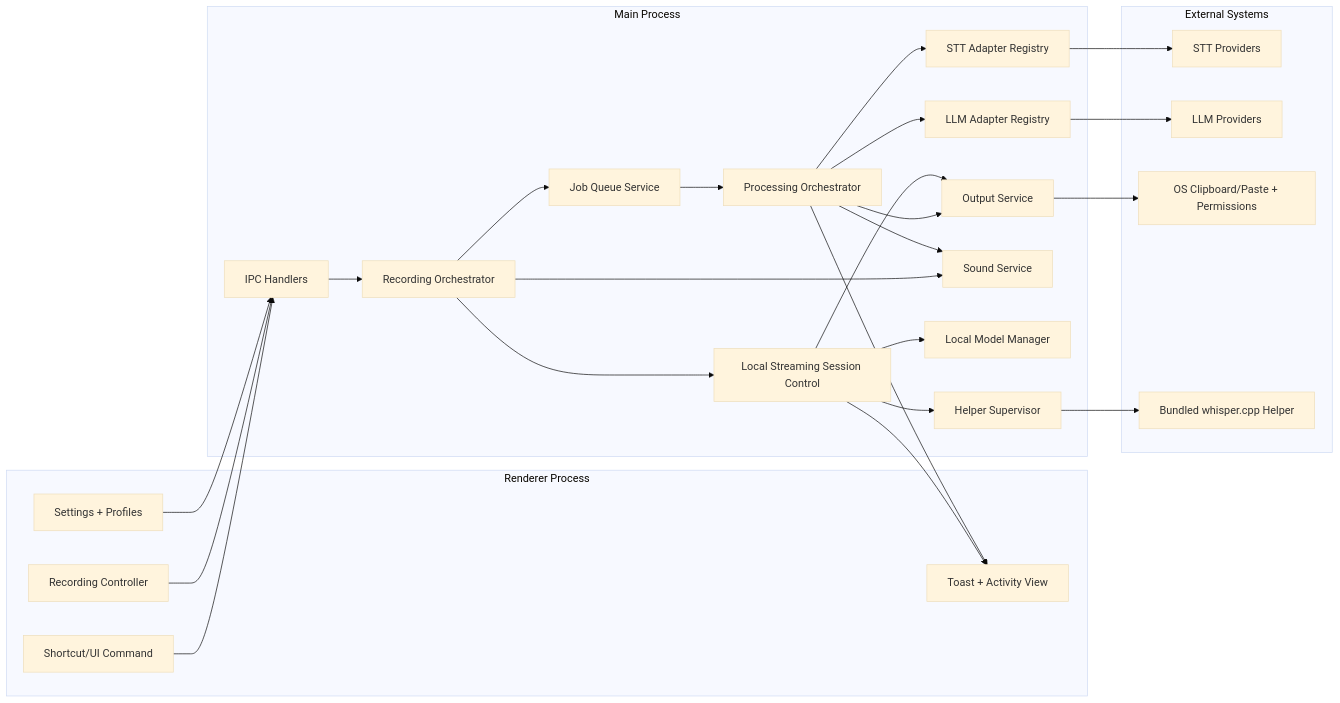
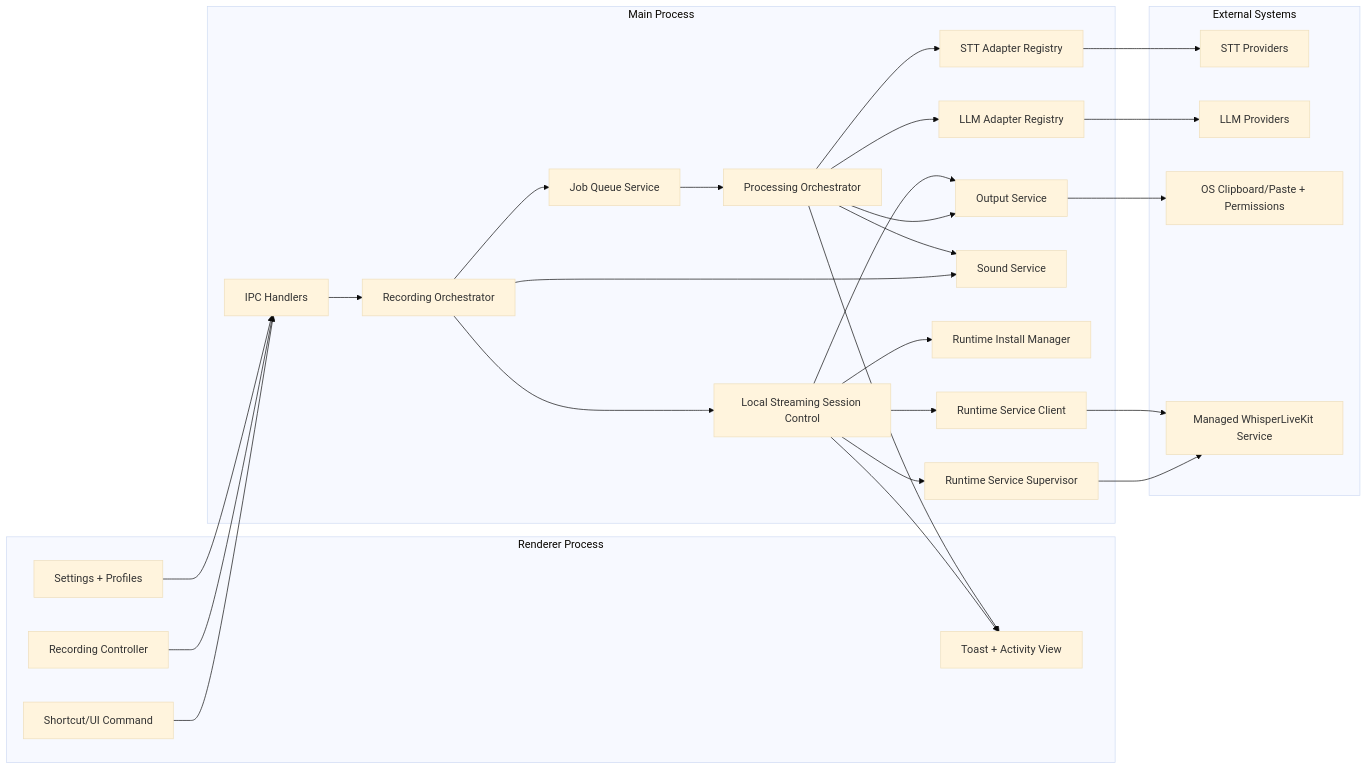
Before and after one commit to massun-onibakuchi/speech-to-text-app: the first of 8 diagrams in specs/spec.md, drawn with Mermaid (base theme). The commit also changed other lines of this file and 5 other files, not shown here.

Commit message:
docs: switch local streaming architecture to whisperlivekit

````diff
--- a/specs/spec.md
+++ b/specs/spec.md
@@ -97,48 +97,50 @@
 ```mermaid
 flowchart LR
   subgraph UI[Renderer Process]
     A[Shortcut/UI Command]
     B[Recording Controller]
     C[Settings + Profiles]
     D[Toast + Activity View]
   end
 
   subgraph MAIN[Main Process]
     E[IPC Handlers]
     F[Recording Orchestrator]
     G[Job Queue Service]
     H[Processing Orchestrator]
     I[STT Adapter Registry]
     J[LLM Adapter Registry]
     K[Output Service]
     L[Sound Service]
     M[Local Streaming Session Control]
-    Q[Local Model Manager]
-    R[Helper Supervisor]
+    Q[Runtime Install Manager]
+    R[Runtime Service Supervisor]
+    T[Runtime Service Client]
   end
 
   subgraph EXT[External Systems]
     N[STT Providers]
     O[LLM Providers]
     P[OS Clipboard/Paste + Permissions]
-    S[Bundled whisper.cpp Helper]
+    S[Managed WhisperLiveKit Service]
   end
 
   A --> E
   B --> E
   C --> E
   E --> F
   F --> G
   G --> H
   H --> I --> N
   H --> J --> O
   H --> K --> P
   F --> M
   M --> Q
   M --> R --> S
+  M --> T --> S
   M --> K
   M --> D
   F --> L
   H --> L
   H --> D
 ```
````
